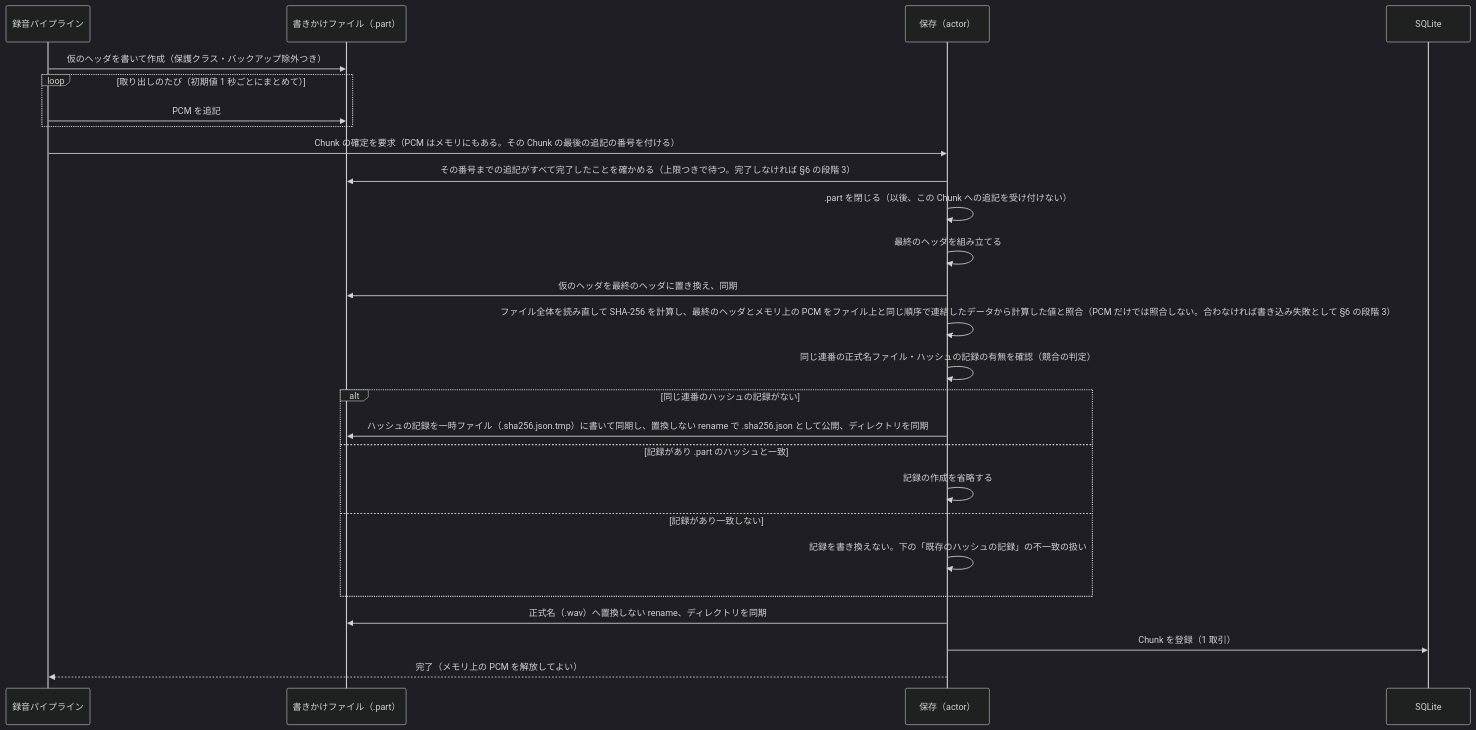
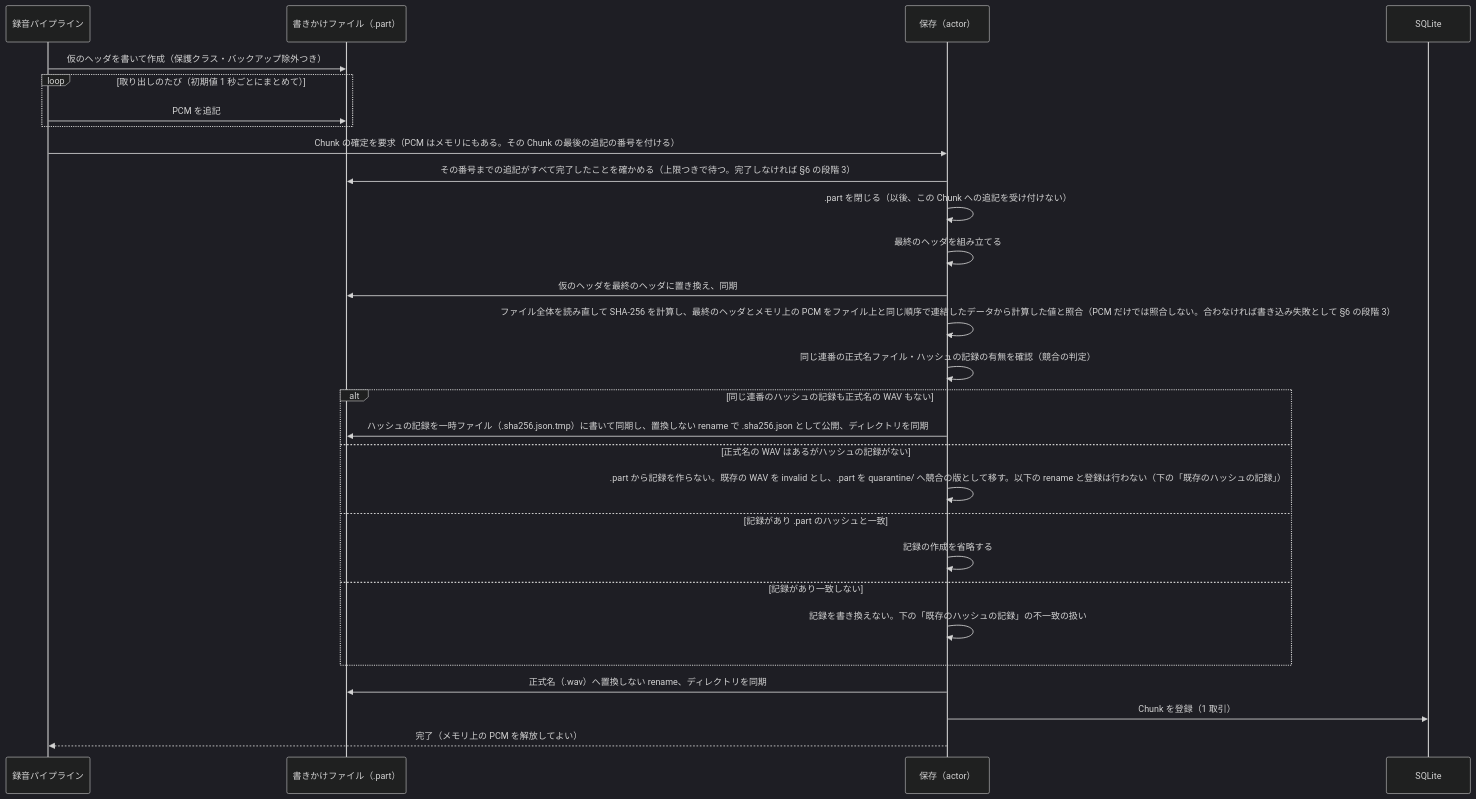
The first of 3 diagrams in docs/02-basic-design/storage.md (myoshi2891/Minutes-Mobile), drawn with Mermaid (dark theme) before and after one commit. The commit also changed other lines of this file and 4 other files, not shown here.

````diff
--- a/docs/02-basic-design/storage.md
+++ b/docs/02-basic-design/storage.md
@@ -121,28 +121,30 @@
 ```mermaid
 sequenceDiagram
     participant P as 録音パイプライン
     participant F as 書きかけファイル（.part）
     participant S as 保存（actor）
     participant D as SQLite
     P->>F: 仮のヘッダを書いて作成（保護クラス・バックアップ除外つき）
     loop 取り出しのたび（初期値 1 秒ごとにまとめて）
         P->>F: PCM を追記
     end
     P->>S: Chunk の確定を要求（PCM はメモリにもある。その Chunk の最後の追記の番号を付ける）
     S->>F: その番号までの追記がすべて完了したことを確かめる（上限つきで待つ。完了しなければ §6 の段階 3）
     S->>S: .part を閉じる（以後、この Chunk への追記を受け付けない）
     S->>S: 最終のヘッダを組み立てる
     S->>F: 仮のヘッダを最終のヘッダに置き換え、同期
     S->>S: ファイル全体を読み直して SHA-256 を計算し、最終のヘッダとメモリ上の PCM をファイル上と同じ順序で連結したデータから計算した値と照合（PCM だけでは照合しない。合わなければ書き込み失敗として §6 の段階 3）
     S->>S: 同じ連番の正式名ファイル・ハッシュの記録の有無を確認（競合の判定）
-    alt 同じ連番のハッシュの記録がない
+    alt 同じ連番のハッシュの記録も正式名の WAV もない
         S->>F: ハッシュの記録を一時ファイル（.sha256.json.tmp）に書いて同期し、置換しない rename で .sha256.json として公開、ディレクトリを同期
+    else 正式名の WAV はあるがハッシュの記録がない
+        S->>S: .part から記録を作らない。既存の WAV を invalid とし、.part を quarantine/ へ競合の版として移す。以下の rename と登録は行わない（下の「既存のハッシュの記録」）
     else 記録があり .part のハッシュと一致
         S->>S: 記録の作成を省略する
     else 記録があり一致しない
         S->>S: 記録を書き換えない。下の「既存のハッシュの記録」の不一致の扱い
     end
     S->>F: 正式名（.wav）へ置換しない rename、ディレクトリを同期
     S->>D: Chunk を登録（1 取引）
     S-->>P: 完了（メモリ上の PCM を解放してよい）
 ```
````
